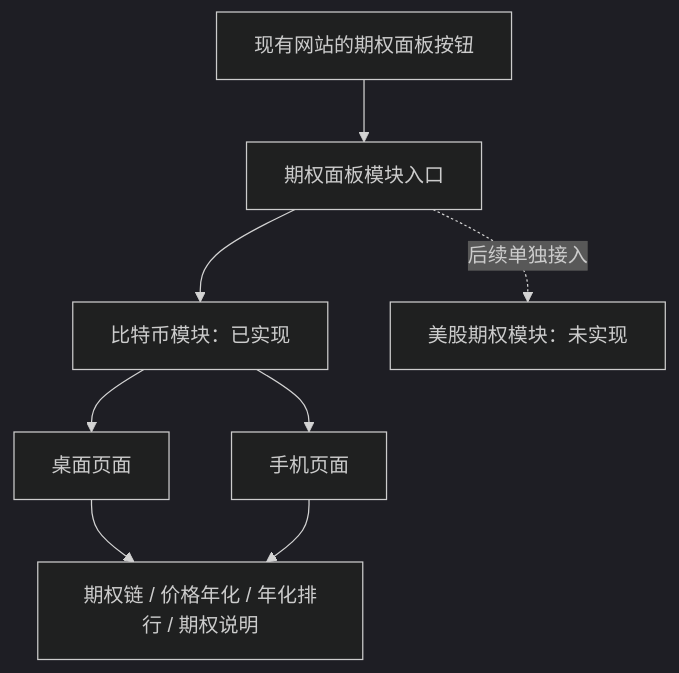
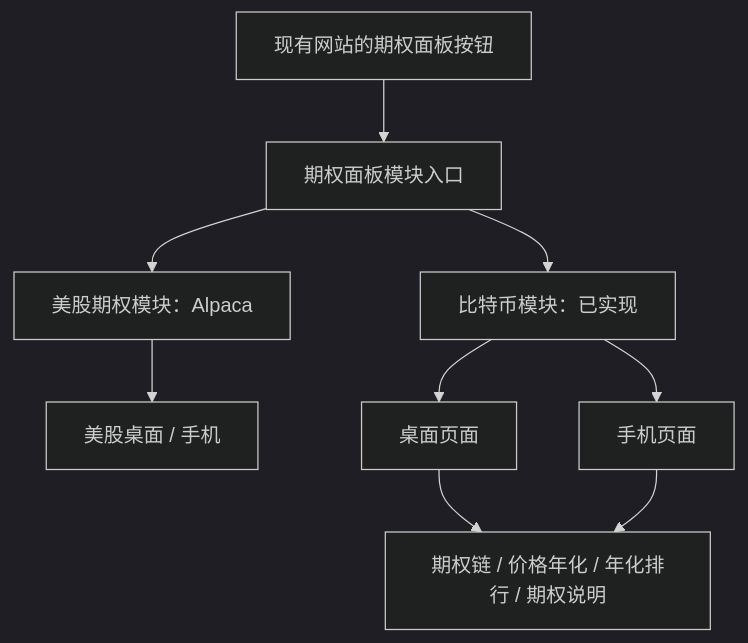
Before and after one commit to niaoniao888/Option-Chain: the first of 2 diagrams in docs/ARCHITECTURE.md, drawn with Mermaid (dark theme). The commit also changed other lines of this file and 34 other files, not shown here.

````diff
--- a/docs/ARCHITECTURE.md
+++ b/docs/ARCHITECTURE.md
@@ -5,10 +5,11 @@
 ```mermaid
 flowchart TD
   Site[现有网站的期权面板按钮] --> Hub[期权面板模块入口]
   Hub --> BTC[比特币模块：已实现]
-  Hub -. 后续单独接入 .-> US[美股期权模块：未实现]
+  Hub --> US[美股期权模块：Alpaca]
+  US --> USPC[美股桌面 / 手机]
   BTC --> PC[桌面页面]
   BTC --> Mobile[手机页面]
   PC --> Views[期权链 / 价格年化 / 年化排行 / 期权说明]
   Mobile --> Views
 ```
````
